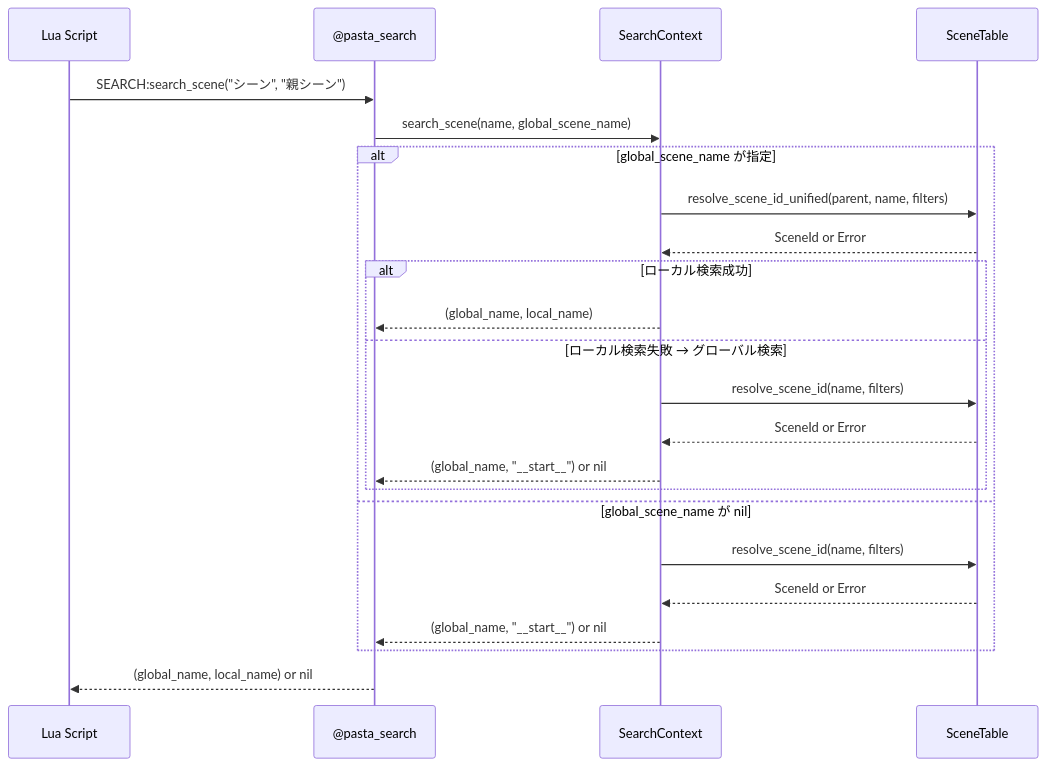
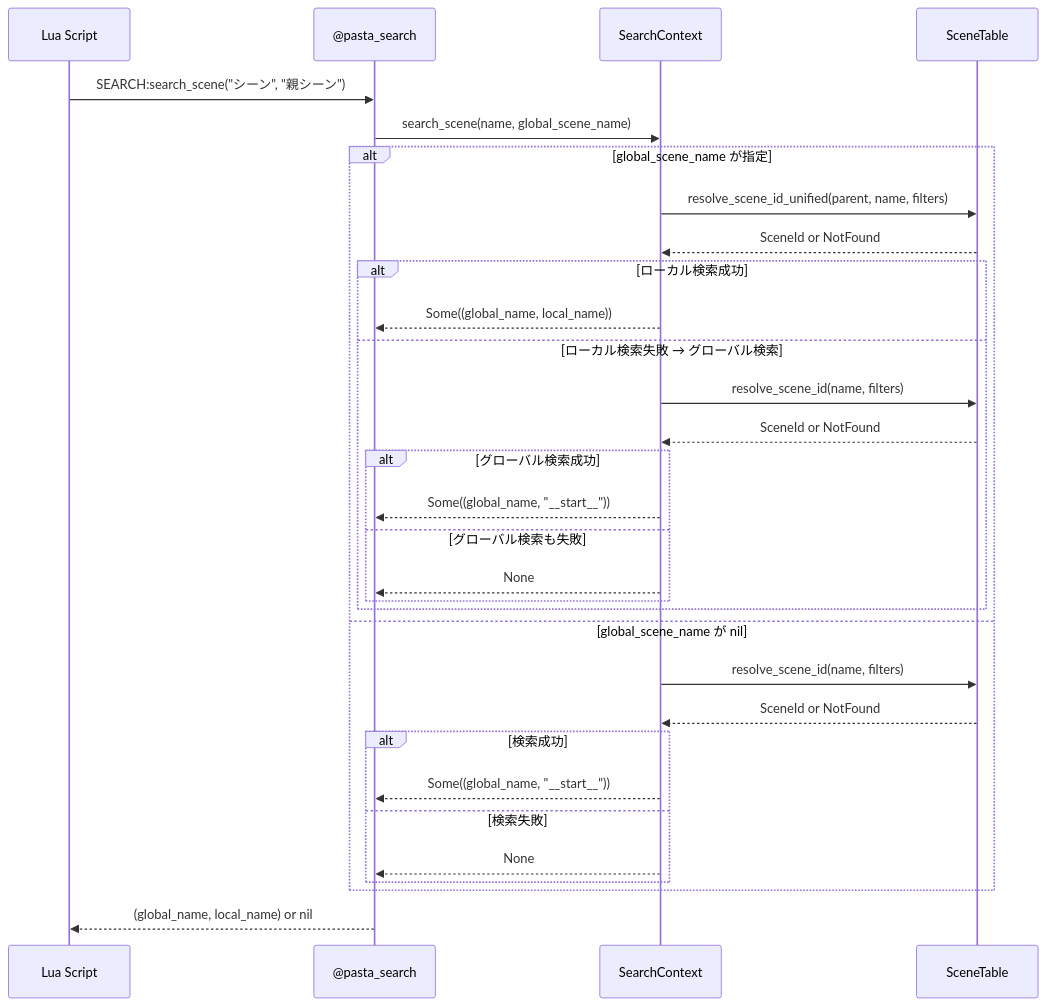
One commit to ekicyou/pasta changed the second of 5 diagrams in .kiro/specs/pasta_search_module/design.md. Above: the diagram before and after it, drawn with Mermaid. The commit also changed other lines of this file and 2 other files, not shown here.

````diff
--- a/.kiro/specs/pasta_search_module/design.md
+++ b/.kiro/specs/pasta_search_module/design.md
@@ -112,29 +112,37 @@
 ```mermaid
 sequenceDiagram
     participant Lua as Lua Script
     participant SEARCH as @pasta_search
     participant Ctx as SearchContext
     participant ST as SceneTable
     
     Lua->>SEARCH: SEARCH:search_scene("シーン", "親シーン")
     SEARCH->>Ctx: search_scene(name, global_scene_name)
     
     alt global_scene_name が指定
         Ctx->>ST: resolve_scene_id_unified(parent, name, filters)
-        ST-->>Ctx: SceneId or Error
+        ST-->>Ctx: SceneId or NotFound
         
         alt ローカル検索成功
-            Ctx-->>SEARCH: (global_name, local_name)
+            Ctx-->>SEARCH: Some((global_name, local_name))
         else ローカル検索失敗 → グローバル検索
             Ctx->>ST: resolve_scene_id(name, filters)
-            ST-->>Ctx: SceneId or Error
-            Ctx-->>SEARCH: (global_name, "__start__") or nil
+            ST-->>Ctx: SceneId or NotFound
+            alt グローバル検索成功
+                Ctx-->>SEARCH: Some((global_name, "__start__"))
+            else グローバル検索も失敗
+                Ctx-->>SEARCH: None
+            end
         end
     else global_scene_name が nil
         Ctx->>ST: resolve_scene_id(name, filters)
-        ST-->>Ctx: SceneId or Error
-        Ctx-->>SEARCH: (global_name, "__start__") or nil
+        ST-->>Ctx: SceneId or NotFound
+        alt 検索成功
+            Ctx-->>SEARCH: Some((global_name, "__start__"))
+        else 検索失敗
+            Ctx-->>SEARCH: None
+        end
     end
     
     SEARCH-->>Lua: (global_name, local_name) or nil
 ```
````
